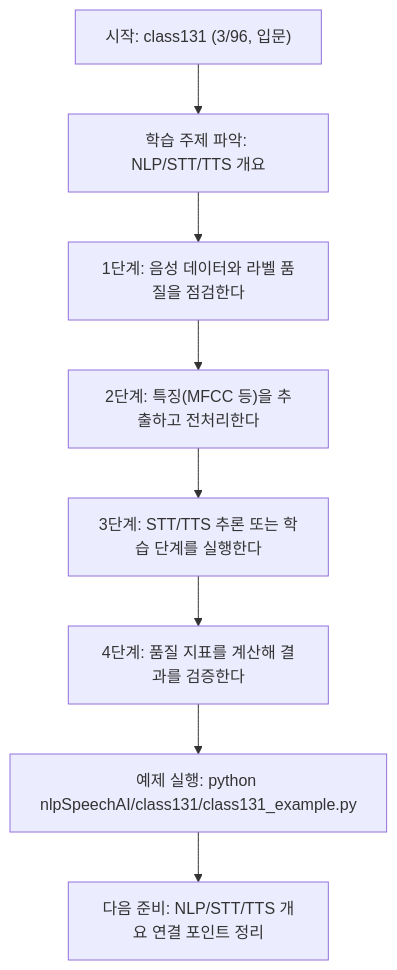
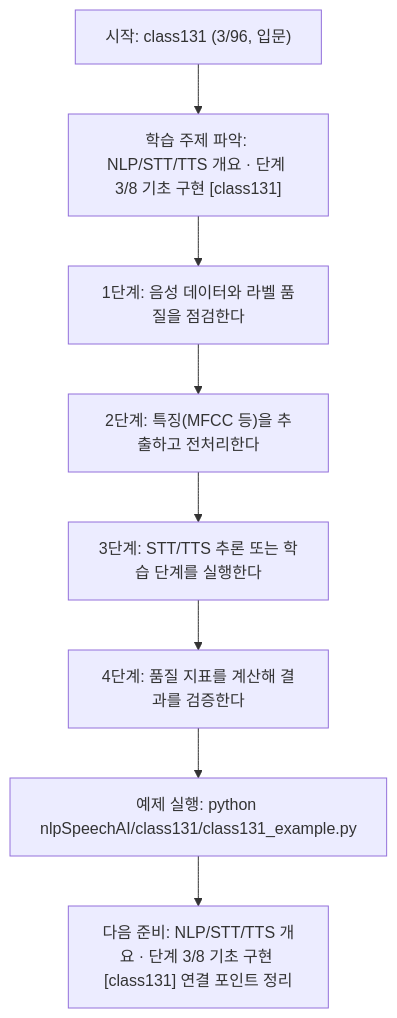
One commit to edumgt/Python-AI_Agent-Class changed the diagram in nlpSpeechAI/class131/class131.md. Above: the diagram before and after it, drawn with Mermaid. The commit also changed other lines of this file and 522 other files, not shown here.

````diff
--- a/nlpSpeechAI/class131/class131.md
+++ b/nlpSpeechAI/class131/class131.md
@@ -114,18 +115,18 @@
 ```mermaid
 flowchart TD
 N1["시작: class131 (3/96, 입문)"]
-N2["학습 주제 파악: NLP/STT/TTS 개요"]
+N2["학습 주제 파악: NLP/STT/TTS 개요 · 단계 3/8 기초 구현 [class131]"]
 N3["1단계: 음성 데이터와 라벨 품질을 점검한다"]
 N4["2단계: 특징(MFCC 등)을 추출하고 전처리한다"]
 N5["3단계: STT/TTS 추론 또는 학습 단계를 실행한다"]
 N6["4단계: 품질 지표를 계산해 결과를 검증한다"]
 N7["예제 실행: python nlpSpeechAI/class131/class131_example.py"]
-N8["다음 준비: NLP/STT/TTS 개요 연결 포인트 정리"]
+N8["다음 준비: NLP/STT/TTS 개요 · 단계 3/8 기초 구현 [class131] 연결 포인트 정리"]
 N1 --> N2
 N2 --> N3
 N3 --> N4
 N4 --> N5
 N5 --> N6
 N6 --> N7
 N7 --> N8
 ```
````
